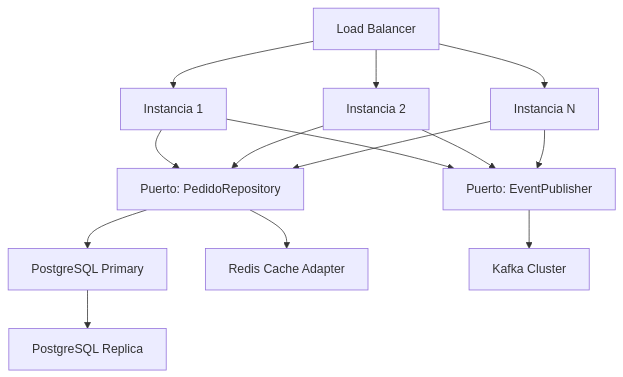
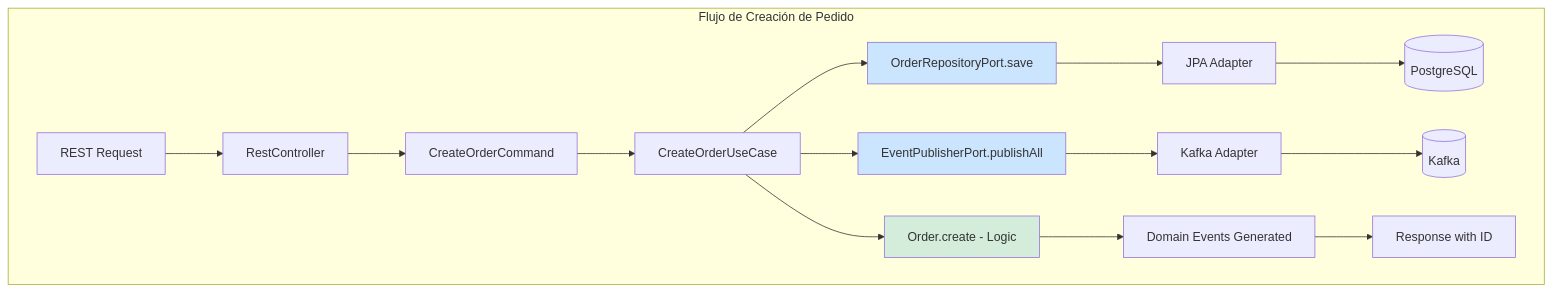
Before and after one commit to Joaquinriosheredia/DAM-Java-Mastery: the third of 4 diagrams in 02_Arquitectura/ddd_y_arquitectura_hexagonal_con_java_21_STAFF.md, drawn with Mermaid. The commit also changed other lines of this file, not shown here.

````diff
--- a/02_Arquitectura/ddd_y_arquitectura_hexagonal_con_java_21_STAFF.md
+++ b/02_Arquitectura/ddd_y_arquitectura_hexagonal_con_java_21_STAFF.md
@@ -571,16 +454,25 @@
 ```mermaid
 graph TD
-    A[Load Balancer] --> B[Instancia 1]
-    A --> C[Instancia 2]
-    A --> D[Instancia N]
-    B --> E[Puerto: PedidoRepository]
-    C --> E
-    D --> E
-    E --> F[PostgreSQL Primary]
-    F --> G[PostgreSQL Replica]
-    E --> H[Redis Cache Adapter]
-    B --> I[Puerto: EventPublisher]
-    C --> I
-    D --> I
-    I --> J[Kafka Cluster]
+    subgraph "Flujo de Creación de Pedido"
+        REQ[REST Request] --> CTRL[RestController]
+        CTRL --> CMD[CreateOrderCommand]
+        CMD --> USECASE[CreateOrderUseCase]
+        
+        USECASE --> DOMAIN[Order.create - Logic]
+        DOMAIN --> EVENTS[Domain Events Generated]
+        
+        USECASE --> PORT_SAVE[OrderRepositoryPort.save]
+        PORT_SAVE --> ADAPTER_JPA[JPA Adapter]
+        ADAPTER_JPA --> DB[(PostgreSQL)]
+        
+        USECASE --> PORT_PUB[EventPublisherPort.publishAll]
+        PORT_PUB --> ADAPTER_KAFKA[Kafka Adapter]
+        ADAPTER_KAFKA --> BROKER[(Kafka)]
+        
+        EVENTS --> RESP[Response with ID]
+    end
+    
+    style DOMAIN fill:#d4edda
+    style PORT_SAVE fill:#cce5ff
+    style PORT_PUB fill:#cce5ff
 ```
````
